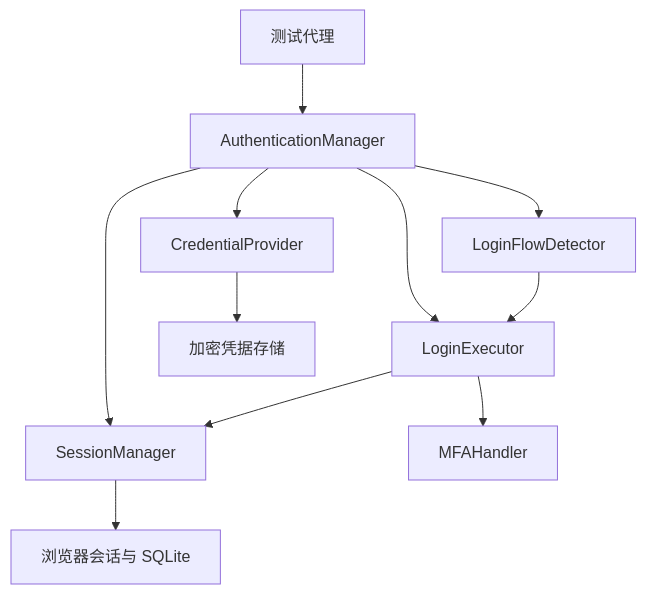
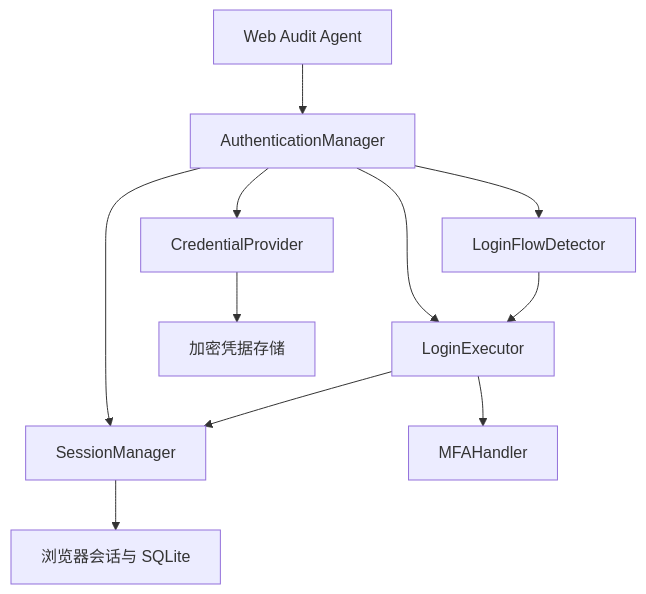
One commit to LiuSandy/web-audit-agent changed the diagram in docs/rfc-authentication.md. Above: the diagram before and after it, drawn with Mermaid. The commit also changed other lines of this file and 8 other files, not shown here.

Commit message:
docs: keep Agent untranslated and adopt Web Audit Agent naming

```diff
--- a/docs/rfc-authentication.md
+++ b/docs/rfc-authentication.md
@@ -25,13 +25,13 @@
 ~~~mermaid
 graph TD
-    A[测试代理] --> B[AuthenticationManager]
+    A[Web Audit Agent] --> B[AuthenticationManager]
     B --> C[CredentialProvider]
     B --> D[LoginFlowDetector]
     B --> E[LoginExecutor]
     B --> F[SessionManager]
     C --> G[加密凭据存储]
     D --> E
     E --> H[MFAHandler]
     E --> F
     F --> I[浏览器会话与 SQLite]
 ~~~
```
